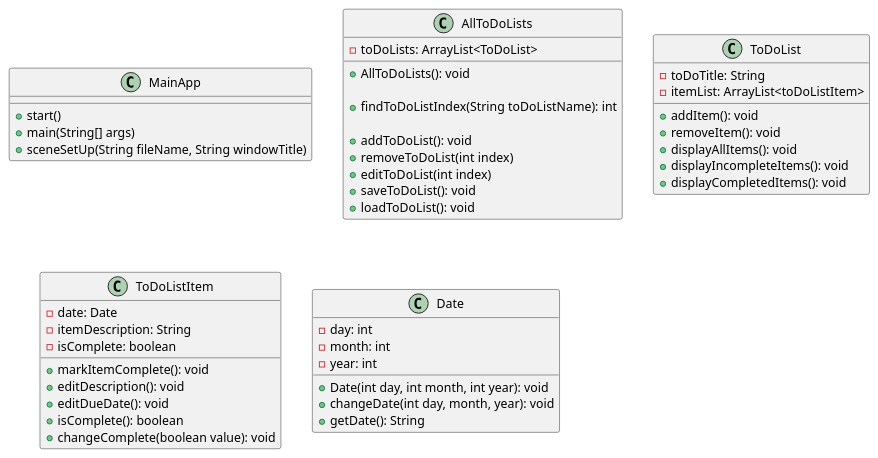
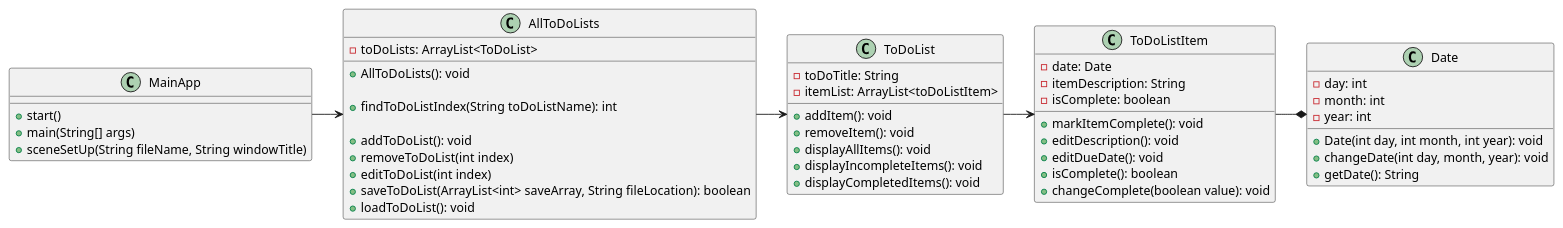
Before and after one commit to pothyn/davis-app-impl: the diagram in docs/diagram.puml, drawn with PlantUML. The commit also changed 7 other files, not shown here.

```diff
--- a/docs/diagram.puml
+++ b/docs/diagram.puml
@@ -1,69 +1,74 @@
 @startuml
 
 class MainApp {
 
     +start()
     +main(String[] args)
     +sceneSetUp(String fileName, String windowTitle)
 
 }
 
 class AllToDoLists {
 
     -toDoLists: ArrayList<ToDoList>
 
     +AllToDoLists(): void
 
     'helpful
     +findToDoListIndex(String toDoListName): int
 
     'required
     +addToDoList(): void
     +removeToDoList(int index)
     +editToDoList(int index)
-    +saveToDoList(): void
+    +saveToDoList(ArrayList<int> saveArray, String fileLocation): boolean
     +loadToDoList(): void
 
 }
 
 class ToDoList {
 
     -toDoTitle: String
     -itemList: ArrayList<toDoListItem>
 
     'required
     +addItem(): void
     +removeItem(): void
     +displayAllItems(): void
     +displayIncompleteItems(): void
     +displayCompletedItems(): void
 
 }
 
 class ToDoListItem {
 
     -date: Date
     -itemDescription: String
     -isComplete: boolean
 
     +markItemComplete(): void
     +editDescription(): void
     +editDueDate(): void
     +isComplete(): boolean
     +changeComplete(boolean value): void
 
 }
 
 class Date {
 
     -day: int
     -month: int
     -year: int
 
     +Date(int day, int month, int year): void
     +changeDate(int day, month, year): void
     +getDate(): String
 
 }
 
+MainApp -> AllToDoLists
+AllToDoLists -> ToDoList
+ToDoList -> ToDoListItem
+ToDoListItem -* Date
+
 @enduml
```
